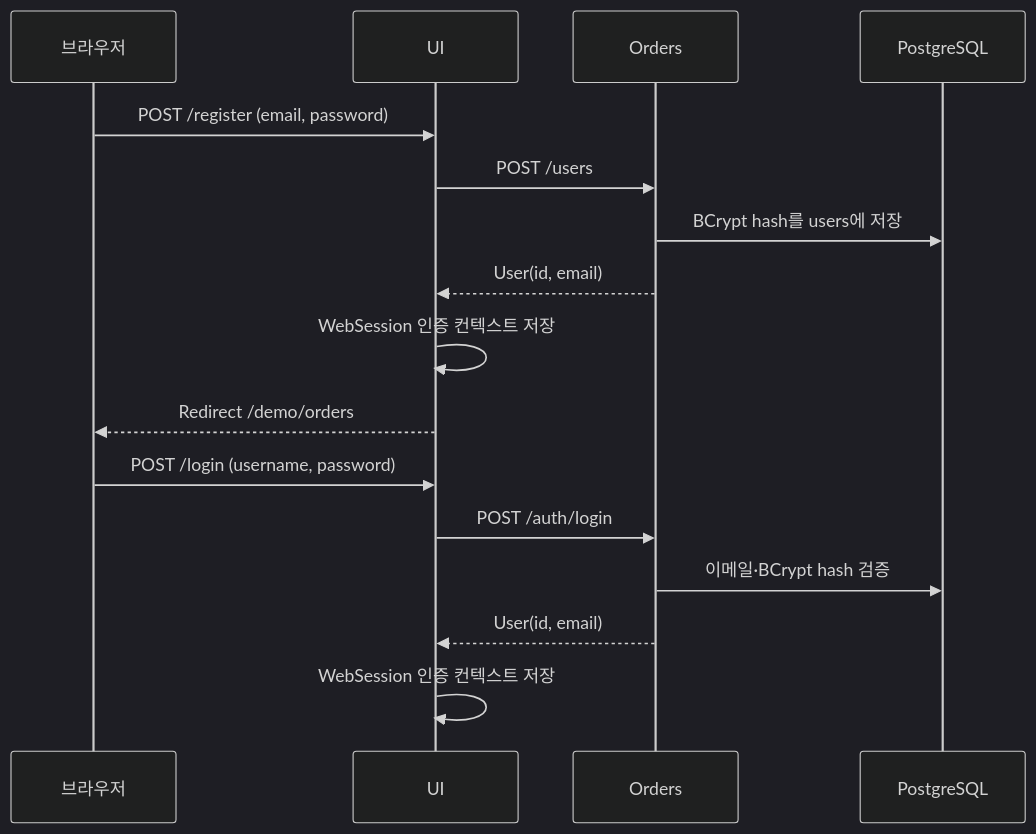
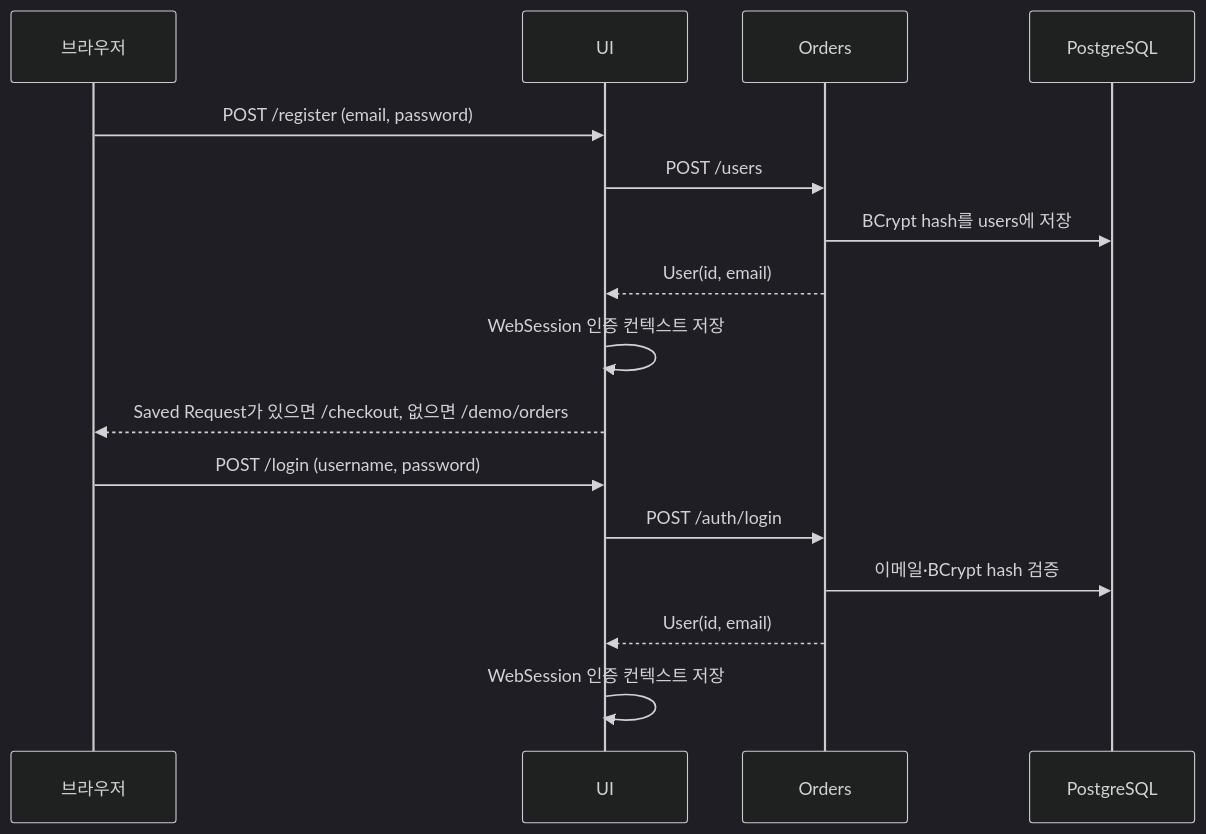
Before and after one commit to AWSome-BIT-Bespin/retail-store-app: the fourth of 5 diagrams in docs/code-analysis/05.REQUEST_AND_DATA_FLOW.md, drawn with Mermaid (dark theme). The commit also changed other lines of this file and 5 other files, not shown here.

````diff
--- a/docs/code-analysis/05.REQUEST_AND_DATA_FLOW.md
+++ b/docs/code-analysis/05.REQUEST_AND_DATA_FLOW.md
@@ -74,18 +79,18 @@
 ```mermaid
 sequenceDiagram
   participant B as 브라우저
   participant U as UI
   participant O as Orders
   participant DB as PostgreSQL
   B->>U: POST /register (email, password)
   U->>O: POST /users
   O->>DB: BCrypt hash를 users에 저장
   O-->>U: User(id, email)
   U->>U: WebSession 인증 컨텍스트 저장
-  U-->>B: Redirect /demo/orders
+  U-->>B: Saved Request가 있으면 /checkout, 없으면 /demo/orders
   B->>U: POST /login (username, password)
   U->>O: POST /auth/login
   O->>DB: 이메일·BCrypt hash 검증
   O-->>U: User(id, email)
   U->>U: WebSession 인증 컨텍스트 저장
 ```
````
